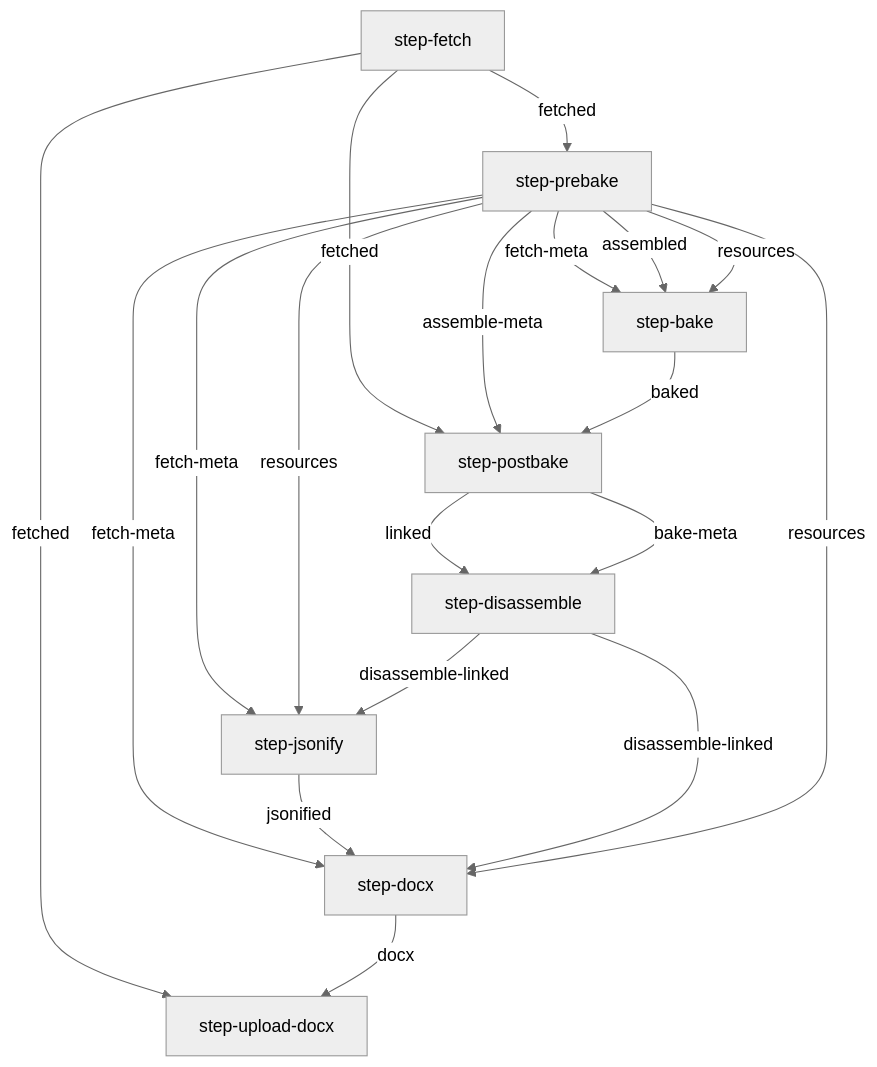
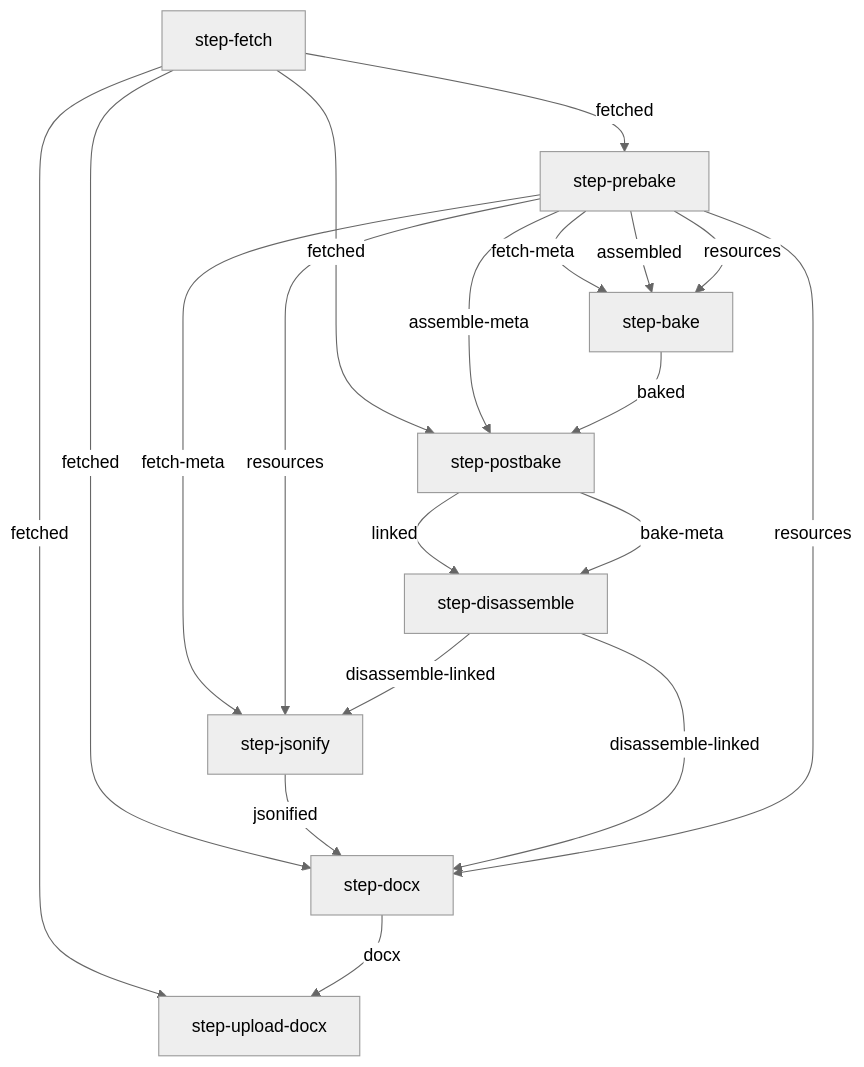
The fourth of 4 diagrams in build-concourse/graphs/README.md (openstax/enki), drawn with Mermaid (neutral theme) before and after one commit. The commit also changed other lines of this file and 4 other files, not shown here.

````diff
--- a/build-concourse/graphs/README.md
+++ b/build-concourse/graphs/README.md
@@ -79,21 +79,21 @@
 ```mermaid
 graph TB
     step-fetch -- fetched --> step-prebake
     step-prebake -- fetch-meta --> step-bake
     step-prebake -- assembled --> step-bake
     step-prebake -- resources --> step-bake
     step-fetch -- fetched --> step-postbake
     step-prebake -- assemble-meta --> step-postbake
     step-bake -- baked --> step-postbake
     step-postbake -- linked --> step-disassemble
     step-postbake -- bake-meta --> step-disassemble
     step-prebake -- fetch-meta --> step-jsonify
     step-prebake -- resources --> step-jsonify
     step-disassemble -- disassemble-linked --> step-jsonify
-    step-prebake -- fetch-meta --> step-docx
+    step-fetch -- fetched --> step-docx
     step-jsonify -- jsonified --> step-docx
     step-disassemble -- disassemble-linked --> step-docx
     step-prebake -- resources --> step-docx
     step-fetch -- fetched --> step-upload-docx
     step-docx -- docx --> step-upload-docx
 ```
````
